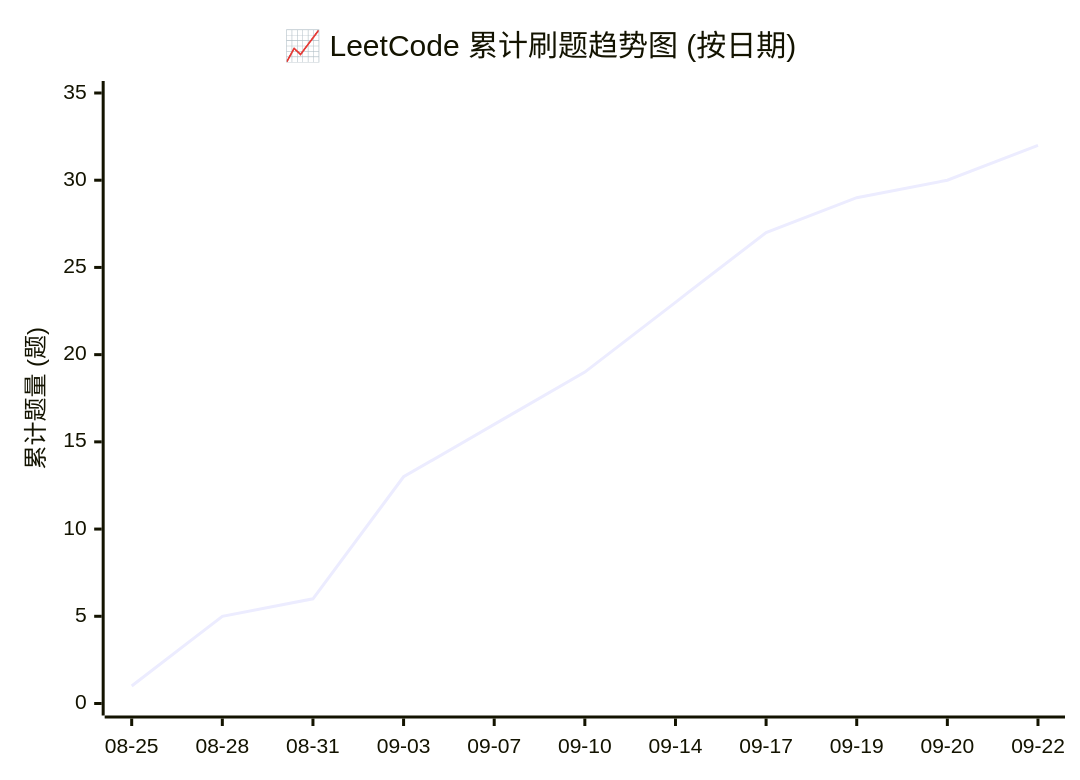
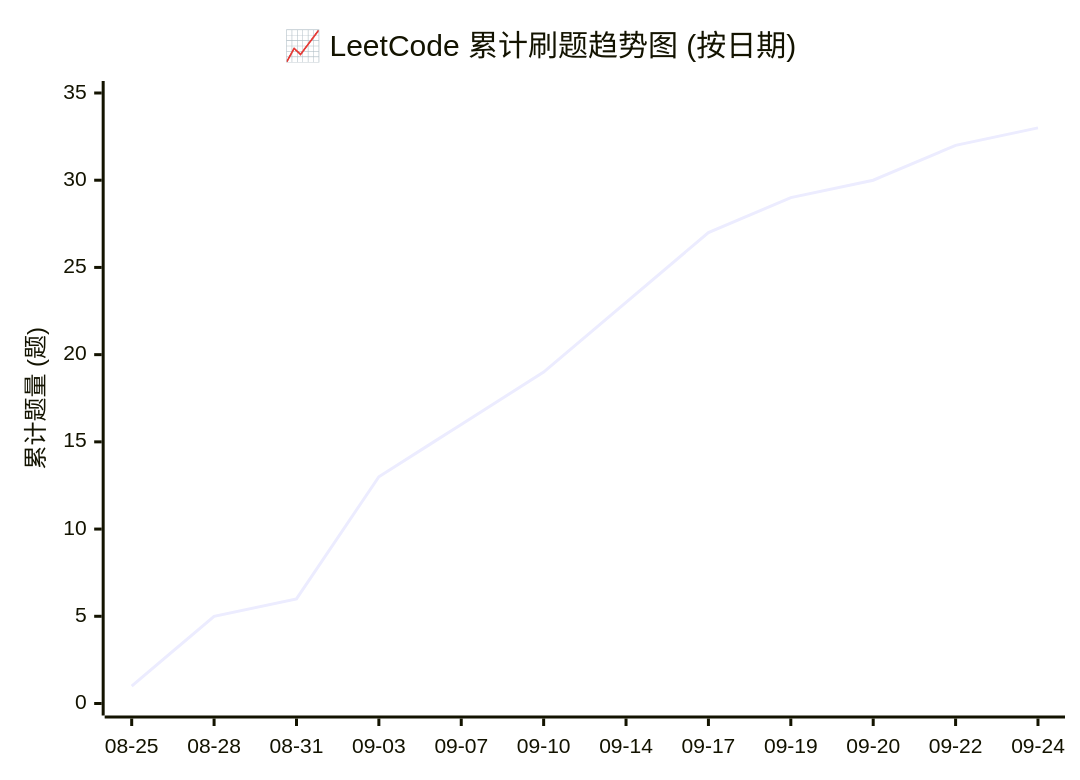
The diagram in README.md (hexinbyte/LeetCode-Journey), drawn with Mermaid before and after one commit. The commit also changed other lines of this file and 2 other files, not shown here.

````diff
--- a/README.md
+++ b/README.md
@@ -16,7 +16,7 @@
 ```mermaid
 xychart-beta
     title "📈 LeetCode 累计刷题趋势图 (按日期)"
-    x-axis ["08-25", "08-28", "08-31", "09-03", "09-07", "09-10", "09-14", "09-17", "09-19", "09-20", "09-22"]
+    x-axis ["08-25", "08-28", "08-31", "09-03", "09-07", "09-10", "09-14", "09-17", "09-19", "09-20", "09-22", "09-24"]
     y-axis "累计题量 (题)" 0 --> 35
-    line [1, 5, 6, 13, 16, 19, 23, 27, 29, 30, 32]
+    line [1, 5, 6, 13, 16, 19, 23, 27, 29, 30, 32, 33]
 ```
````
